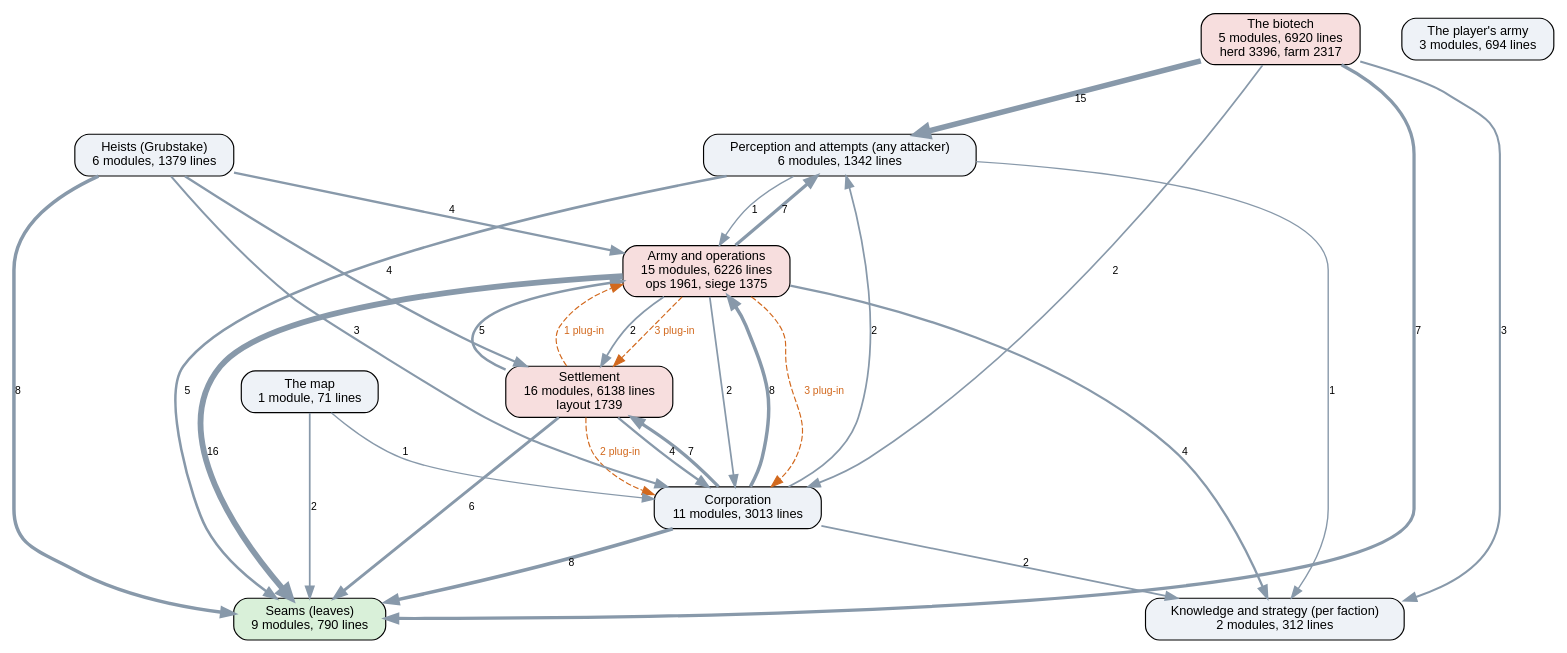
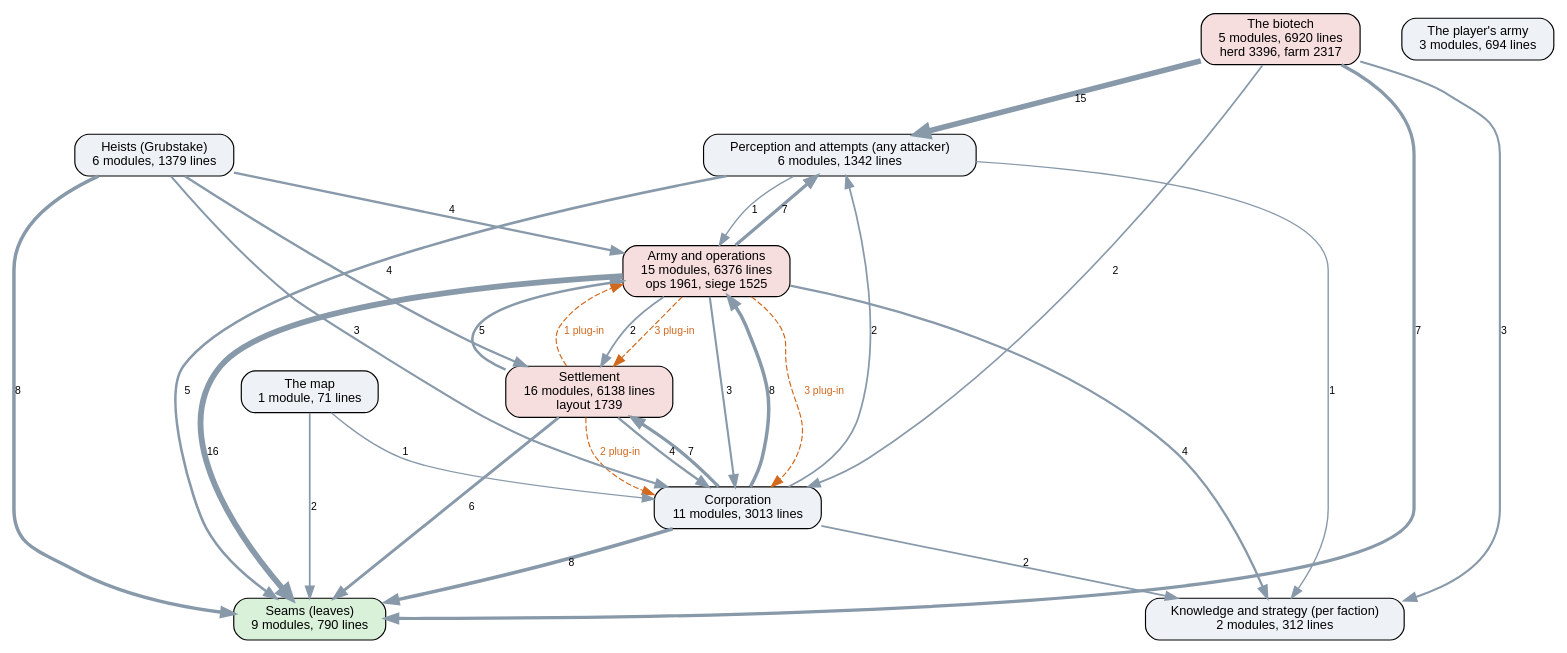
Before and after one commit to kinelhu/landing-party: the diagram in docs/ai-layers.dot, drawn with Graphviz. The commit also changed 10 other files, not shown here.

```diff
--- a/docs/ai-layers.dot
+++ b/docs/ai-layers.dot
@@ -1,45 +1,45 @@
 digraph layers {
   graph [rankdir=TB, fontname="Helvetica", nodesep=0.5, ranksep=0.7];
   node [shape=box, style="rounded,filled", fontname="Helvetica", fontsize=11, fillcolor="#eef2f7"];
   edge [color="#8899aa", fontname="Helvetica", fontsize=9];
   "Seams (leaves)" [label="Seams (leaves)\n9 modules, 790 lines", fillcolor="#d9f0d9"];
   "Perception and attempts (any attacker)" [label="Perception and attempts (any attacker)\n6 modules, 1342 lines", fillcolor="#eef2f7"];
   "Knowledge and strategy (per faction)" [label="Knowledge and strategy (per faction)\n2 modules, 312 lines", fillcolor="#eef2f7"];
   "Corporation" [label="Corporation\n11 modules, 3013 lines", fillcolor="#eef2f7"];
   "Settlement" [label="Settlement\n16 modules, 6138 lines\nlayout 1739", fillcolor="#f7dede"];
-  "Army and operations" [label="Army and operations\n15 modules, 6226 lines\nops 1961, siege 1375", fillcolor="#f7dede"];
+  "Army and operations" [label="Army and operations\n15 modules, 6376 lines\nops 1961, siege 1525", fillcolor="#f7dede"];
   "Heists (Grubstake)" [label="Heists (Grubstake)\n6 modules, 1379 lines", fillcolor="#eef2f7"];
   "The biotech" [label="The biotech\n5 modules, 6920 lines\nherd 3396, farm 2317", fillcolor="#f7dede"];
   "The map" [label="The map\n1 module, 71 lines", fillcolor="#eef2f7"];
   "The player's army" [label="The player's army\n3 modules, 694 lines", fillcolor="#eef2f7"];
-  "Army and operations" -> "Corporation" [label="2", penwidth=1.5];
+  "Army and operations" -> "Corporation" [label="3", penwidth=1.8];
   "Army and operations" -> "Knowledge and strategy (per faction)" [label="4", penwidth=2.0];
   "Army and operations" -> "Perception and attempts (any attacker)" [label="7", penwidth=2.8];
   "Army and operations" -> "Seams (leaves)" [label="16", penwidth=5.0];
   "Army and operations" -> "Settlement" [label="2", penwidth=1.5];
   "Corporation" -> "Army and operations" [label="8", penwidth=3.0];
   "Corporation" -> "Knowledge and strategy (per faction)" [label="2", penwidth=1.5];
   "Corporation" -> "Perception and attempts (any attacker)" [label="2", penwidth=1.5];
   "Corporation" -> "Seams (leaves)" [label="8", penwidth=3.0];
   "Corporation" -> "Settlement" [label="7", penwidth=2.8];
   "Heists (Grubstake)" -> "Army and operations" [label="4", penwidth=2.0];
   "Heists (Grubstake)" -> "Corporation" [label="3", penwidth=1.8];
   "Heists (Grubstake)" -> "Seams (leaves)" [label="8", penwidth=3.0];
   "Heists (Grubstake)" -> "Settlement" [label="4", penwidth=2.0];
   "Perception and attempts (any attacker)" -> "Army and operations" [label="1", penwidth=1.2];
   "Perception and attempts (any attacker)" -> "Knowledge and strategy (per faction)" [label="1", penwidth=1.2];
   "Perception and attempts (any attacker)" -> "Seams (leaves)" [label="5", penwidth=2.2];
   "Settlement" -> "Army and operations" [label="5", penwidth=2.2];
   "Settlement" -> "Corporation" [label="4", penwidth=2.0];
   "Settlement" -> "Seams (leaves)" [label="6", penwidth=2.5];
   "The biotech" -> "Corporation" [label="2", penwidth=1.5];
   "The biotech" -> "Knowledge and strategy (per faction)" [label="3", penwidth=1.8];
   "The biotech" -> "Perception and attempts (any attacker)" [label="15", penwidth=4.8];
   "The biotech" -> "Seams (leaves)" [label="7", penwidth=2.8];
   "The map" -> "Corporation" [label="1", penwidth=1.2];
   "The map" -> "Seams (leaves)" [label="2", penwidth=1.5];
   "Army and operations" -> "Corporation" [style=dashed, color="#d2691e", fontcolor="#d2691e", label="3 plug-in"];
   "Army and operations" -> "Settlement" [style=dashed, color="#d2691e", fontcolor="#d2691e", label="3 plug-in"];
   "Settlement" -> "Army and operations" [style=dashed, color="#d2691e", fontcolor="#d2691e", label="1 plug-in"];
   "Settlement" -> "Corporation" [style=dashed, color="#d2691e", fontcolor="#d2691e", label="2 plug-in"];
 }
```
